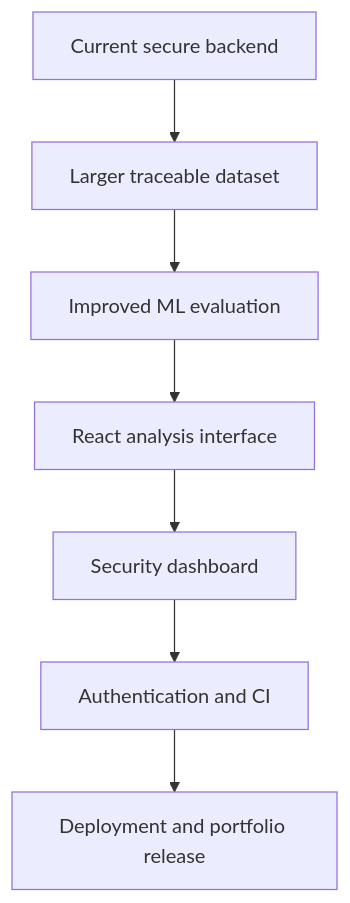
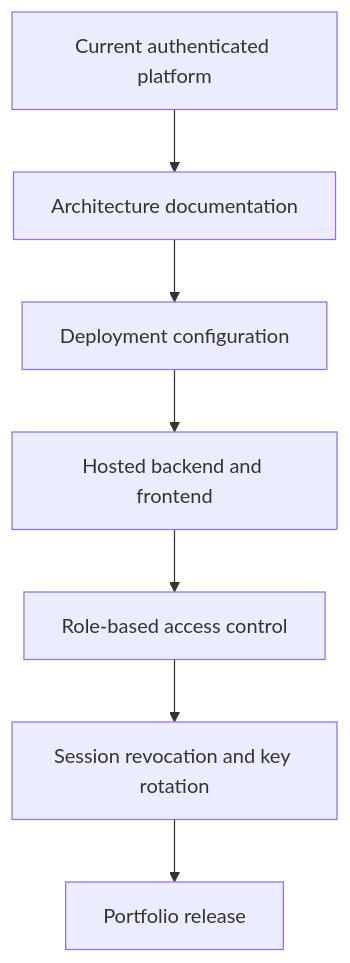
Before and after one commit to sreemanbondada-sudo/PromptShield: the eighth of 8 diagrams in ARCHITECTURE.md, drawn with Mermaid. The commit also changed other lines of this file, not shown here.

Commit message:
docs: update authentication architecture

````diff
--- a/ARCHITECTURE.md
+++ b/ARCHITECTURE.md
@@ -264,9 +494,9 @@
 ```mermaid
 flowchart TD
-    A[Current secure backend] --> B[Larger traceable dataset]
-    B --> C[Improved ML evaluation]
-    C --> D[React analysis interface]
-    D --> E[Security dashboard]
-    E --> F[Authentication and CI]
-    F --> G[Deployment and portfolio release]
+    A[Current authenticated platform] --> B[Architecture documentation]
+    B --> C[Deployment configuration]
+    C --> D[Hosted backend and frontend]
+    D --> E[Role-based access control]
+    E --> F[Session revocation and key rotation]
+    F --> G[Portfolio release]
 ```
````
